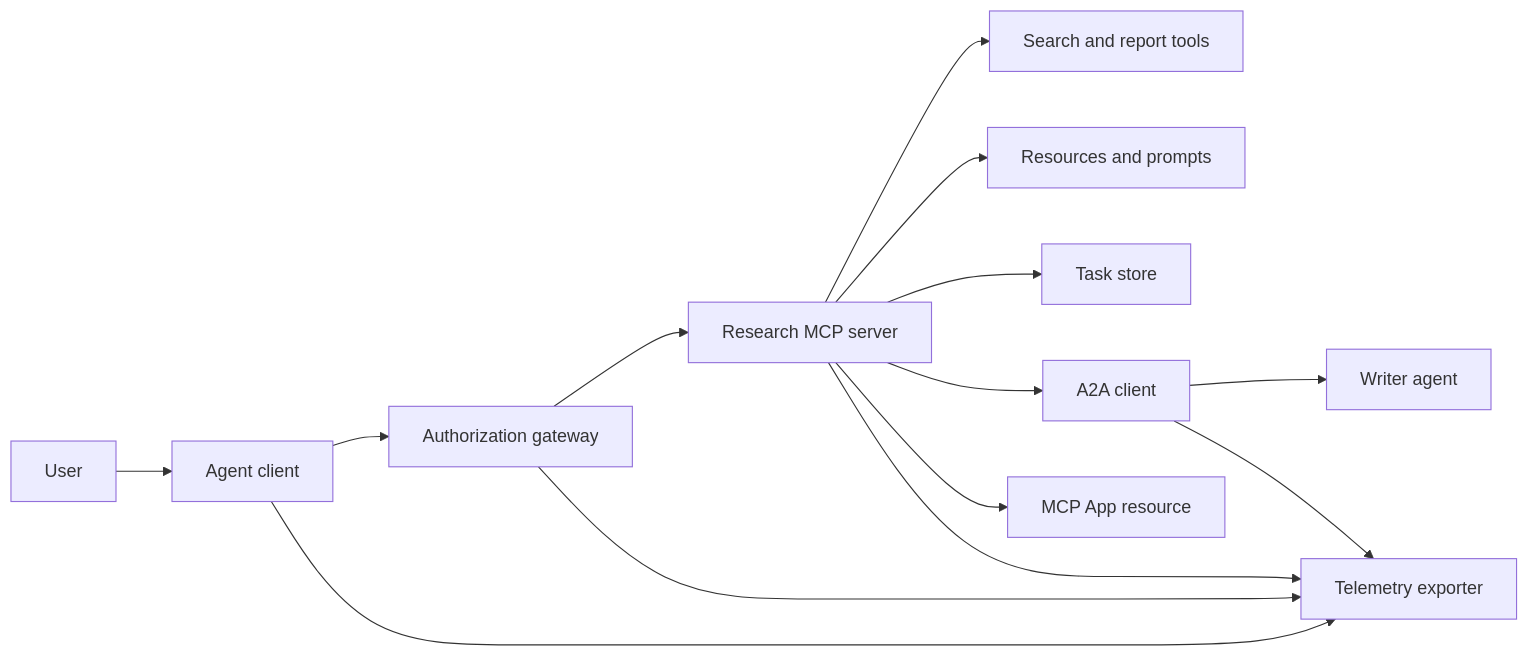
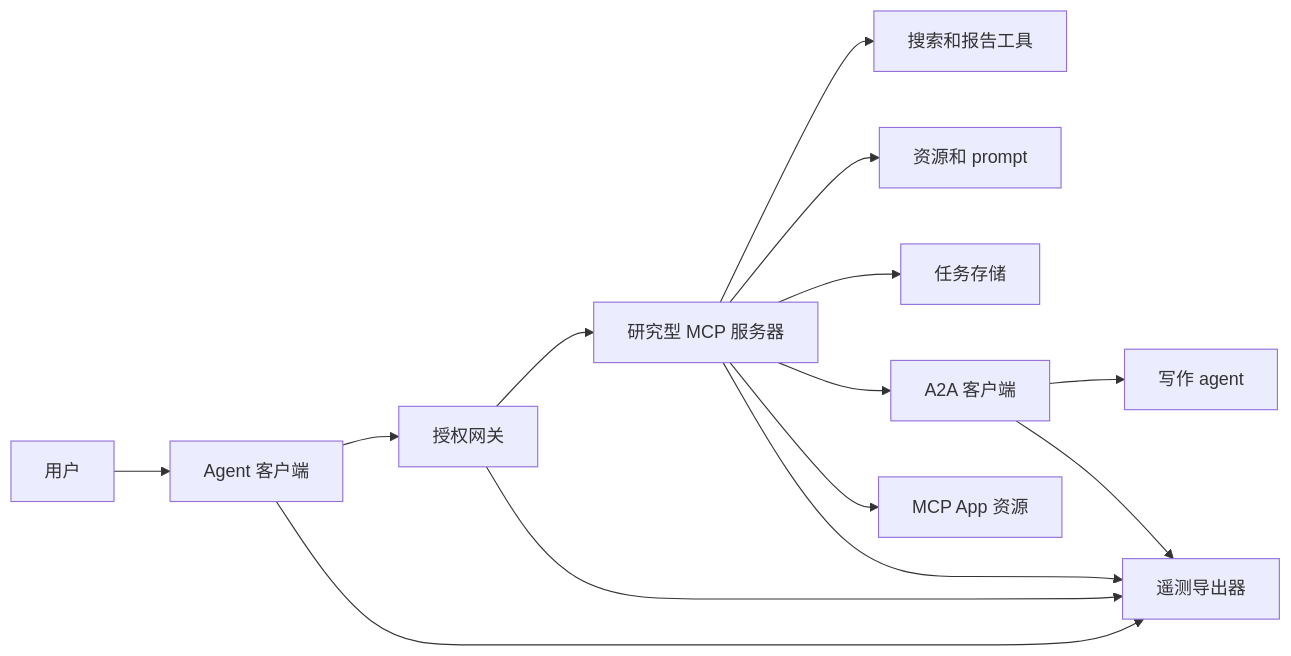
The first of 3 diagrams in phases/13-tools-and-protocols/23-capstone-tool-ecosystem/docs/zh.md (fancyboi999/ai-engineering-from-scratch-zh), drawn with Mermaid before and after one commit. The commit also changed other lines of this file and 67 other files, not shown here.

````diff
--- a/phases/13-tools-and-protocols/23-capstone-tool-ecosystem/docs/zh.md
+++ b/phases/13-tools-and-protocols/23-capstone-tool-ecosystem/docs/zh.md
@@ -41,16 +41,16 @@
 ```mermaid
 flowchart LR
-  U[User] --> C[Agent client]
-  C --> G[Authorization gateway]
-  G --> M[Research MCP server]
-  M --> T[Search and report tools]
-  M --> R[Resources and prompts]
-  M --> Q[Task store]
-  M --> A[A2A client]
-  A --> W[Writer agent]
-  M --> UI[MCP App resource]
-  C --> O[Telemetry exporter]
+  U[用户] --> C[Agent 客户端]
+  C --> G[授权网关]
+  G --> M[研究型 MCP 服务器]
+  M --> T[搜索和报告工具]
+  M --> R[资源和 prompt]
+  M --> Q[任务存储]
+  M --> A[A2A 客户端]
+  A --> W[写作 agent]
+  M --> UI[MCP App 资源]
+  C --> O[遥测导出器]
   G --> O
   M --> O
   A --> O
 ```
````
